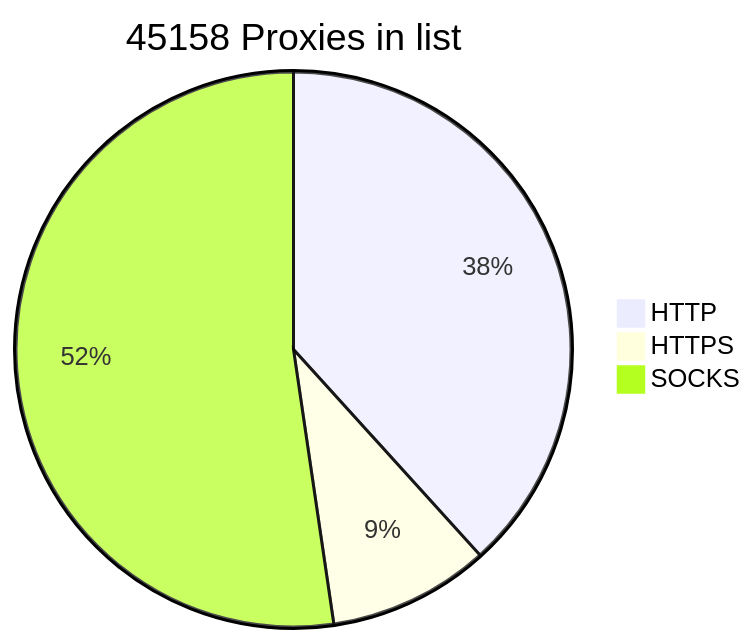
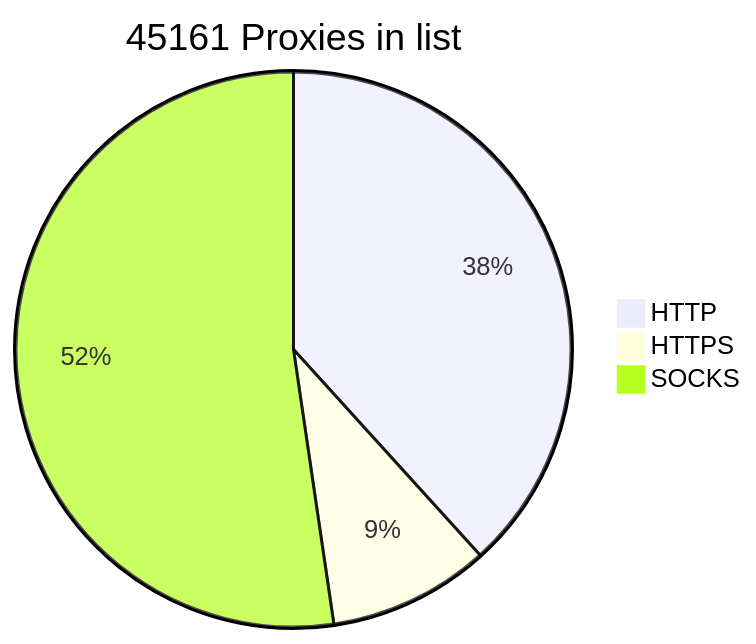
The diagram in README.md (BlackSnowDot/proxylist-update-every-minute), drawn with Mermaid before and after one commit.

````diff
--- a/README.md
+++ b/README.md
@@ -2,6 +2,6 @@
 ```mermaid
-pie title 45158 Proxies in list
+pie title 45161 Proxies in list
     "HTTP" : 18871
     "HTTPS": 4636
-    "SOCKS" : 25796
+    "SOCKS" : 25799
 ```
````
